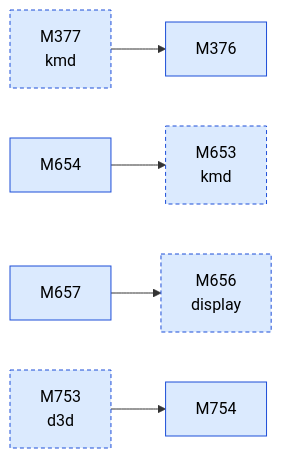
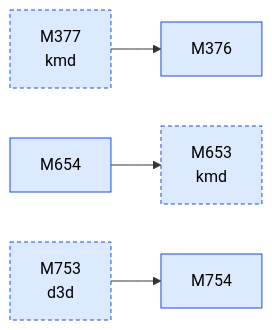
One commit to D-Ogi/amdgpu-wddm changed the second of 2 diagrams in docs/facts/graphs/tooling.md. Above: the diagram before and after it, drawn with Mermaid. The commit also changed other lines of this file and 14 other files, not shown here.

````diff
--- a/docs/facts/graphs/tooling.md
+++ b/docs/facts/graphs/tooling.md
@@ -15,21 +28,18 @@
 ```mermaid
 flowchart LR
   M376["M376"]:::MEASURED
   M377["M377<br/>kmd"]:::MEASURED
   M653["M653<br/>kmd"]:::MEASURED
   M654["M654"]:::MEASURED
-  M656["M656<br/>display"]:::MEASURED
-  M657["M657"]:::MEASURED
   M753["M753<br/>d3d"]:::MEASURED
   M754["M754"]:::MEASURED
   M377 --> M376
   M753 --> M754
   M654 --> M653
-  M657 --> M656
   classDef HYPOTHESIS fill:#fff3c4,stroke:#9a7b00,color:#000
   classDef MEASURED fill:#dbeafe,stroke:#1d4ed8,color:#000
   classDef CONFIRMED fill:#d1fae5,stroke:#047857,color:#000
   classDef REFUTED fill:#fee2e2,stroke:#b91c1c,color:#000
   classDef other stroke-dasharray:4 3
-  class M377,M653,M656,M753 other
+  class M377,M653,M753 other
 ```
````
